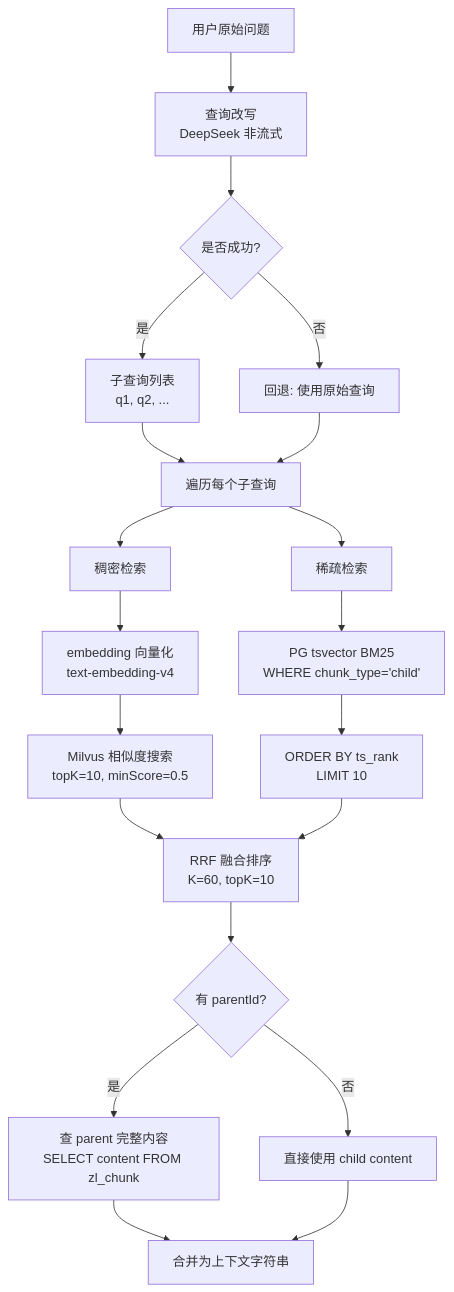
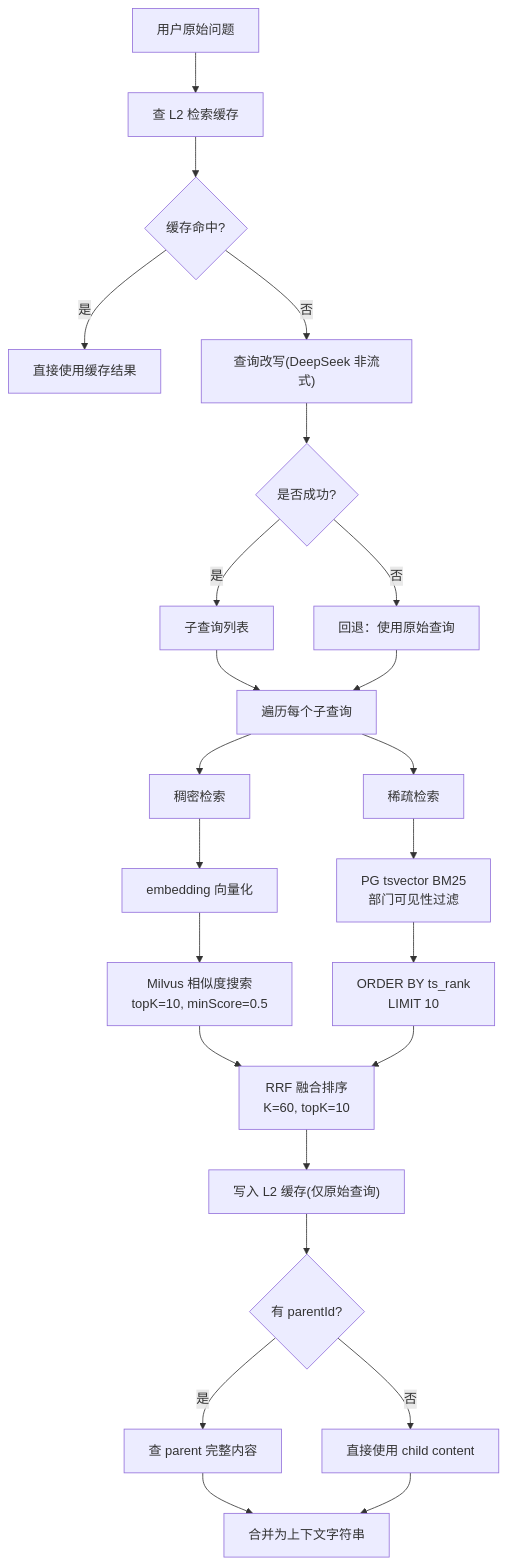
The fifth of 6 diagrams in zhiliao-chat/Chat请求流程.md (peijiarui/liar-zhiliao), drawn with Mermaid before and after one commit. The commit also changed other lines of this file and 42 other files, not shown here.

````diff
--- a/zhiliao-chat/Chat请求流程.md
+++ b/zhiliao-chat/Chat请求流程.md
@@ -158,29 +243,33 @@
 ```mermaid
-flowchart TD
-    A[用户原始问题] --> B[查询改写<br/>DeepSeek 非流式]
-    B --> C{是否成功?}
-    C -->|是| D[子查询列表<br/>q1, q2, ...]
-    C -->|否| E[回退: 使用原始查询]
+graph TD
+    A["用户原始问题"] --> B["查 L2 检索缓存"]
+    B --> C{"缓存命中?"}
+    C -->|"是"| D["直接使用缓存结果"]
+    C -->|"否"| E["查询改写(DeepSeek 非流式)"]
+    E --> F{"是否成功?"}
+    F -->|"是"| G["子查询列表"]
+    F -->|"否"| H["回退：使用原始查询"]
 
-    D --> F
-    E --> F
+    G --> I
+    H --> I
 
-    F[遍历每个子查询] --> G[稠密检索]
-    F --> H[稀疏检索]
+    I["遍历每个子查询"] --> J["稠密检索"]
+    I --> K["稀疏检索"]
 
-    G --> G1[embedding 向量化<br/>text-embedding-v4]
-    G1 --> G2[Milvus 相似度搜索<br/>topK=10, minScore=0.5]
+    J --> J1["embedding 向量化"]
+    J1 --> J2["Milvus 相似度搜索<br/>topK=10, minScore=0.5"]
 
-    H --> H1[PG tsvector BM25<br/>WHERE chunk_type='child']
-    H1 --> H2[ORDER BY ts_rank<br/>LIMIT 10]
+    K --> K1["PG tsvector BM25<br/>部门可见性过滤"]
+    K1 --> K2["ORDER BY ts_rank<br/>LIMIT 10"]
 
-    G2 --> I[RRF 融合排序<br/>K=60, topK=10]
-    H2 --> I
+    J2 --> L["RRF 融合排序<br/>K=60, topK=10"]
+    K2 --> L
 
-    I --> J{有 parentId?}
-    J -->|是| K[查 parent 完整内容<br/>SELECT content FROM zl_chunk]
-    J -->|否| L[直接使用 child content]
+    L --> M["写入 L2 缓存(仅原始查询)"]
+    M --> N{"有 parentId?"}
+    N -->|"是"| O["查 parent 完整内容"]
+    N -->|"否"| P["直接使用 child content"]
 
-    K --> M[合并为上下文字符串]
-    L --> M
+    O --> Q["合并为上下文字符串"]
+    P --> Q
 ```
````
